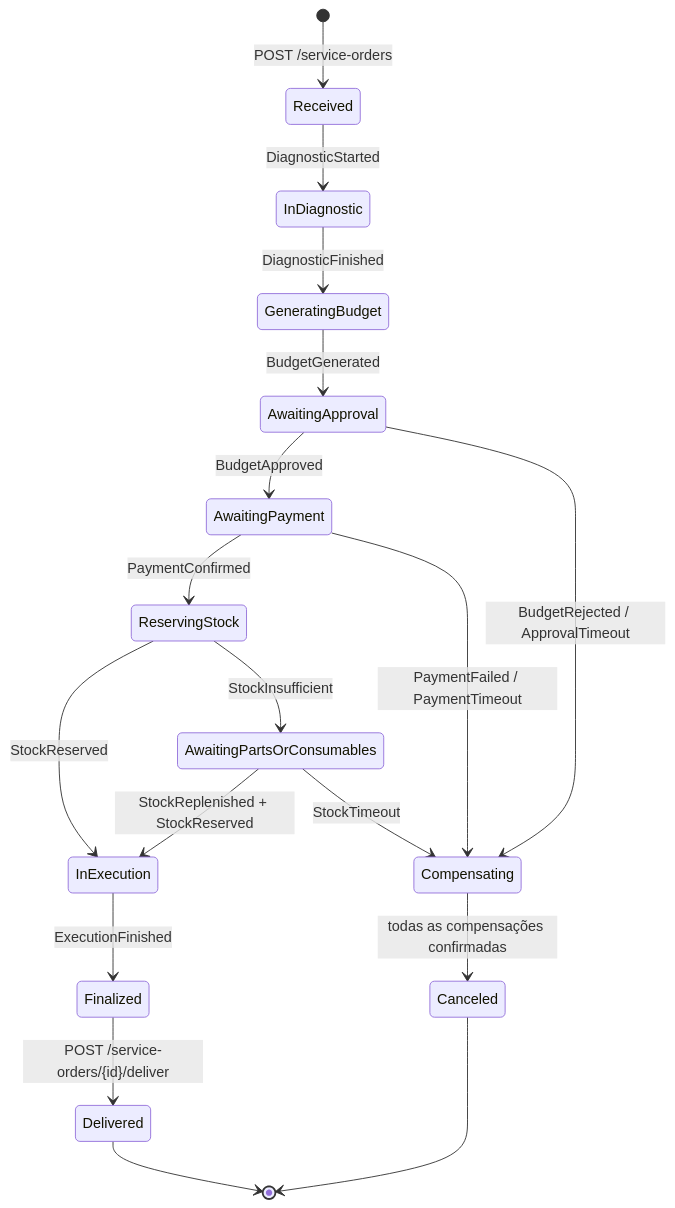
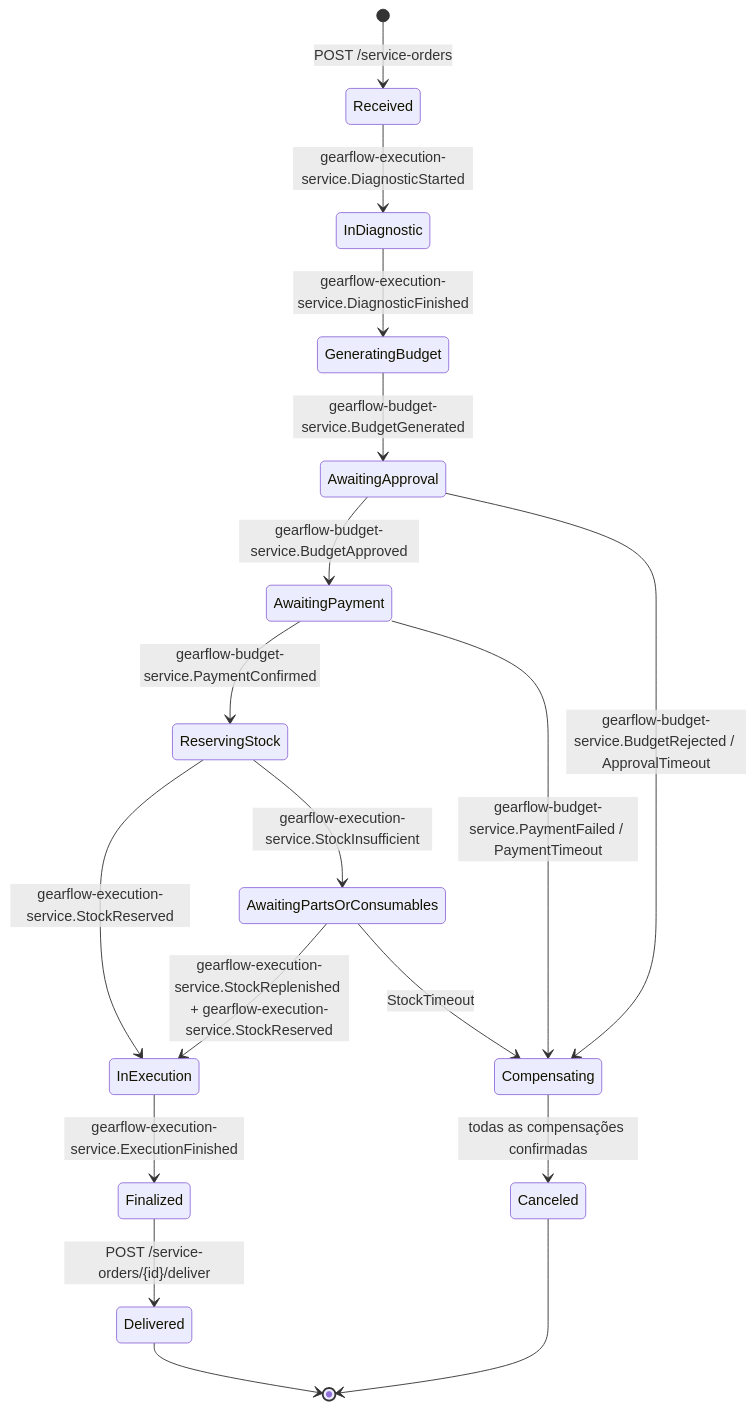
Before and after one commit to Gearflow-Fiap/gearflow-budget-service: the first of 5 diagrams in docs/fluxo-saga.md, drawn with Mermaid. The commit also changed other lines of this file and 29 other files, not shown here.

Commit message:
docs: document billing architecture, mock flow and validation evidence

````diff
--- a/docs/fluxo-saga.md
+++ b/docs/fluxo-saga.md
@@ -44,20 +46,20 @@
 ```mermaid
 stateDiagram-v2
     [*] --> Received: POST /service-orders
-    Received --> InDiagnostic: DiagnosticStarted
-    InDiagnostic --> GeneratingBudget: DiagnosticFinished
-    GeneratingBudget --> AwaitingApproval: BudgetGenerated
-    AwaitingApproval --> AwaitingPayment: BudgetApproved
-    AwaitingApproval --> Compensating: BudgetRejected / ApprovalTimeout
-    AwaitingPayment --> ReservingStock: PaymentConfirmed
-    AwaitingPayment --> Compensating: PaymentFailed / PaymentTimeout
-    ReservingStock --> InExecution: StockReserved
-    ReservingStock --> AwaitingPartsOrConsumables: StockInsufficient
-    AwaitingPartsOrConsumables --> InExecution: StockReplenished + StockReserved
+    Received --> InDiagnostic: gearflow-execution-service.DiagnosticStarted
+    InDiagnostic --> GeneratingBudget: gearflow-execution-service.DiagnosticFinished
+    GeneratingBudget --> AwaitingApproval: gearflow-budget-service.BudgetGenerated
+    AwaitingApproval --> AwaitingPayment: gearflow-budget-service.BudgetApproved
+    AwaitingApproval --> Compensating: gearflow-budget-service.BudgetRejected / ApprovalTimeout
+    AwaitingPayment --> ReservingStock: gearflow-budget-service.PaymentConfirmed
+    AwaitingPayment --> Compensating: gearflow-budget-service.PaymentFailed / PaymentTimeout
+    ReservingStock --> InExecution: gearflow-execution-service.StockReserved
+    ReservingStock --> AwaitingPartsOrConsumables: gearflow-execution-service.StockInsufficient
+    AwaitingPartsOrConsumables --> InExecution: gearflow-execution-service.StockReplenished + gearflow-execution-service.StockReserved
     AwaitingPartsOrConsumables --> Compensating: StockTimeout
-    InExecution --> Finalized: ExecutionFinished
+    InExecution --> Finalized: gearflow-execution-service.ExecutionFinished
     Finalized --> Delivered: POST /service-orders/{id}/deliver
     Delivered --> [*]
     Compensating --> Canceled: todas as compensações confirmadas
     Canceled --> [*]
 ```
````
